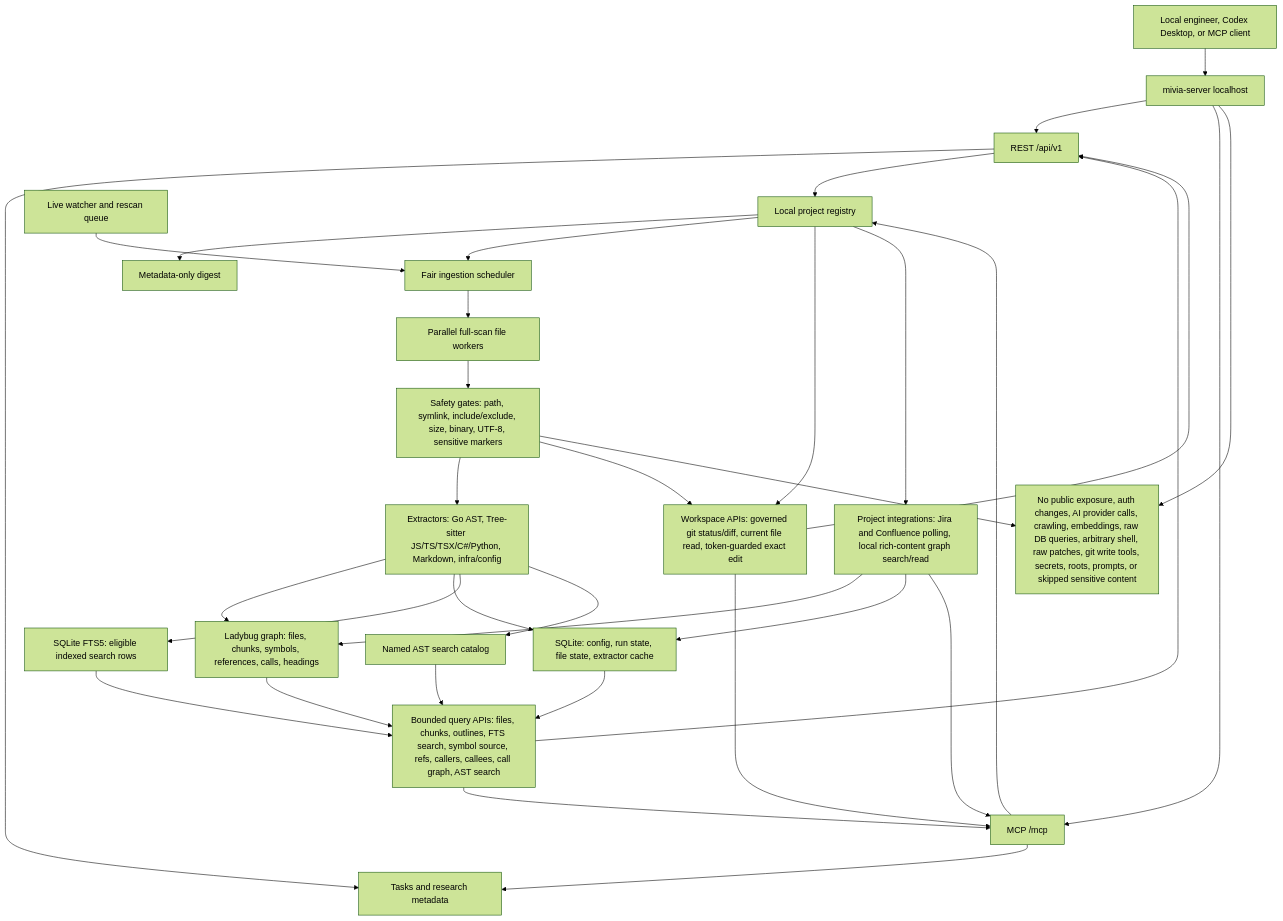
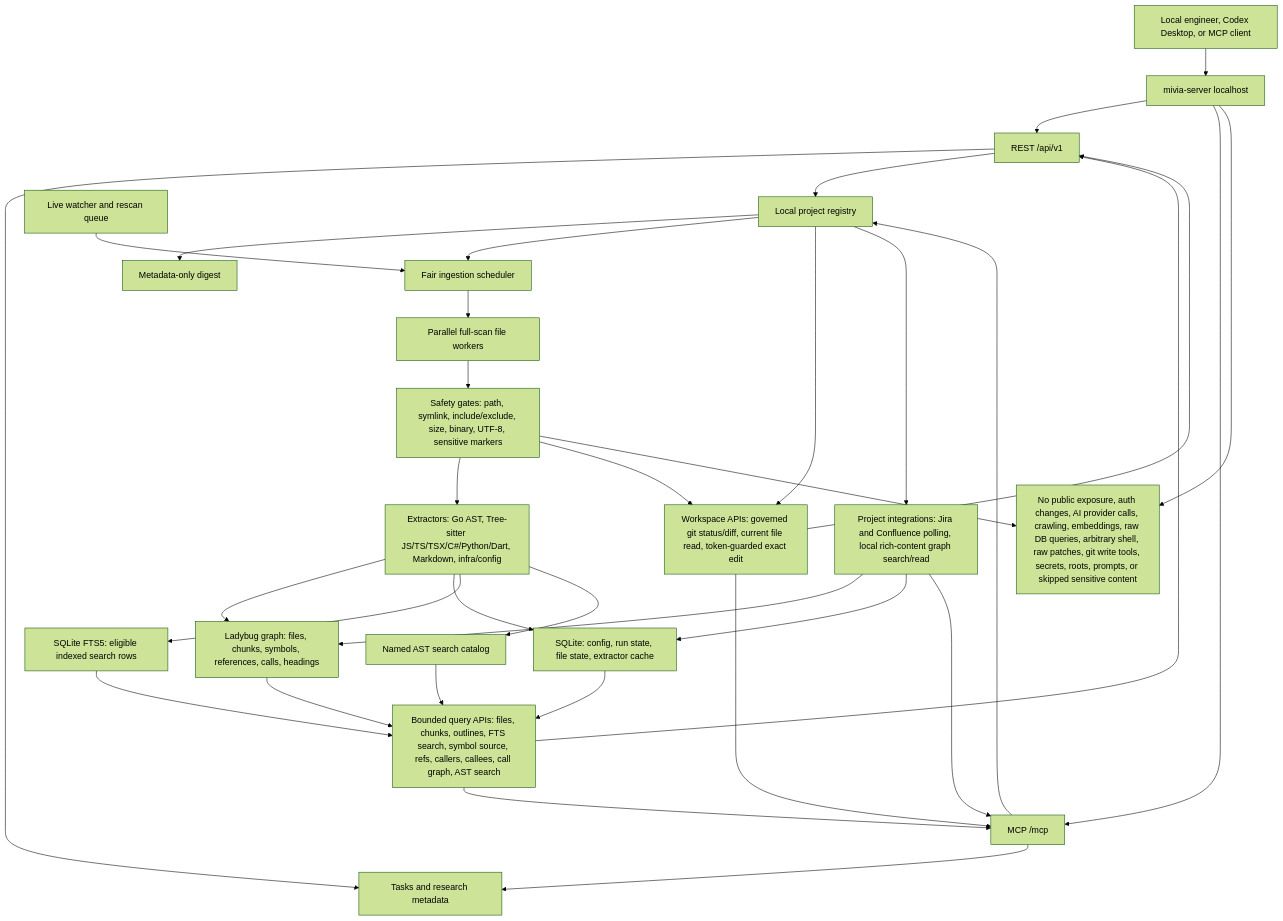
Before and after one commit to MiviaLabs/go-mivia: the first of 4 diagrams in README.md, drawn with Mermaid (forest theme). The commit also changed other lines of this file and 28 other files, not shown here.

````diff
--- a/README.md
+++ b/README.md
@@ -17,57 +17,57 @@
 ```mermaid
 flowchart TB
   Client["Local engineer, Codex Desktop, or MCP client"]
   Server["mivia-server localhost"]
   REST["REST /api/v1"]
   MCP["MCP /mcp"]
   Tasks["Tasks and research metadata"]
   Registry["Local project registry"]
   Digest["Metadata-only digest"]
   Scheduler["Fair ingestion scheduler"]
   Live["Live watcher and rescan queue"]
   Workers["Parallel full-scan file workers"]
   Safety["Safety gates: path, symlink, include/exclude, size, binary, UTF-8, sensitive markers"]
-  Extractors["Extractors: Go AST, Tree-sitter JS/TS/TSX/C#/Python, Markdown, infra/config"]
+  Extractors["Extractors: Go AST, Tree-sitter JS/TS/TSX/C#/Python/Dart, Markdown, infra/config"]
   Graph["Ladybug graph: files, chunks, symbols, references, calls, headings"]
   SQLite["SQLite: config, run state, file state, extractor cache"]
   FTS["SQLite FTS5: eligible indexed search rows"]
   AST["Named AST search catalog"]
   Queries["Bounded query APIs: files, chunks, outlines, FTS search, symbol source, refs, callers, callees, call graph, AST search"]
   Workspace["Workspace APIs: governed git status/diff, current file read, token-guarded exact edit"]
   Integrations["Project integrations: Jira and Confluence polling, local rich-content graph search/read"]
   Boundaries["No public exposure, auth changes, AI provider calls, crawling, embeddings, raw DB queries, arbitrary shell, raw patches, git write tools, secrets, roots, prompts, or skipped sensitive content"]
 
   Client --> Server
   Server --> REST
   Server --> MCP
   REST --> Tasks
   MCP --> Tasks
   REST --> Registry
   MCP --> Registry
   Registry --> Digest
   Registry --> Scheduler
   Live --> Scheduler
   Scheduler --> Workers
   Workers --> Safety
   Safety --> Extractors
   Extractors --> Graph
   Extractors --> SQLite
   Extractors --> FTS
   Extractors --> AST
   Graph --> Queries
   SQLite --> Queries
   FTS --> Queries
   AST --> Queries
   Registry --> Workspace
   Safety --> Workspace
   Queries --> REST
   Queries --> MCP
   Workspace --> REST
   Workspace --> MCP
   Registry --> Integrations
   Integrations --> Graph
   Integrations --> SQLite
   Integrations --> MCP
   Server --> Boundaries
   Safety --> Boundaries
 ```
````
